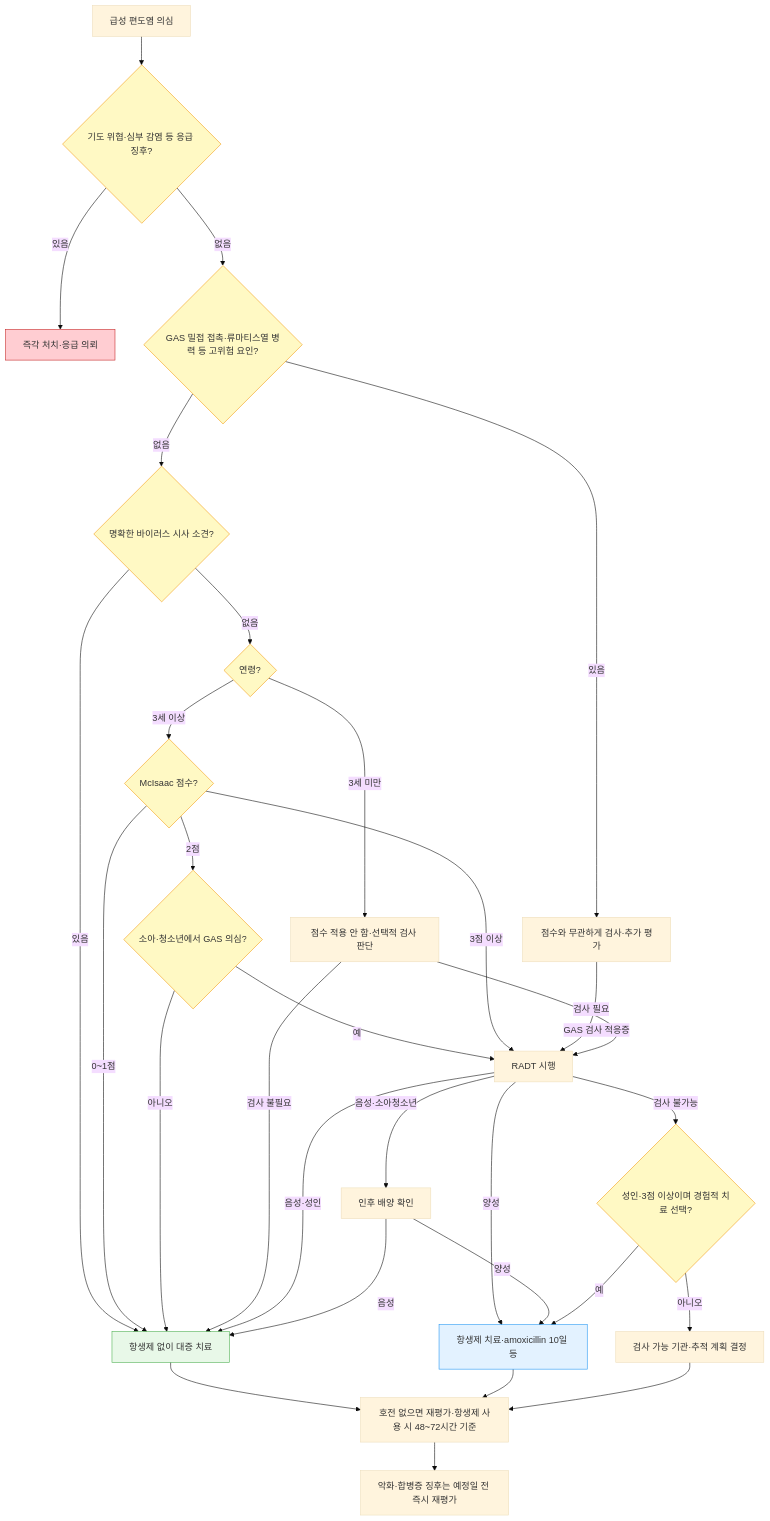
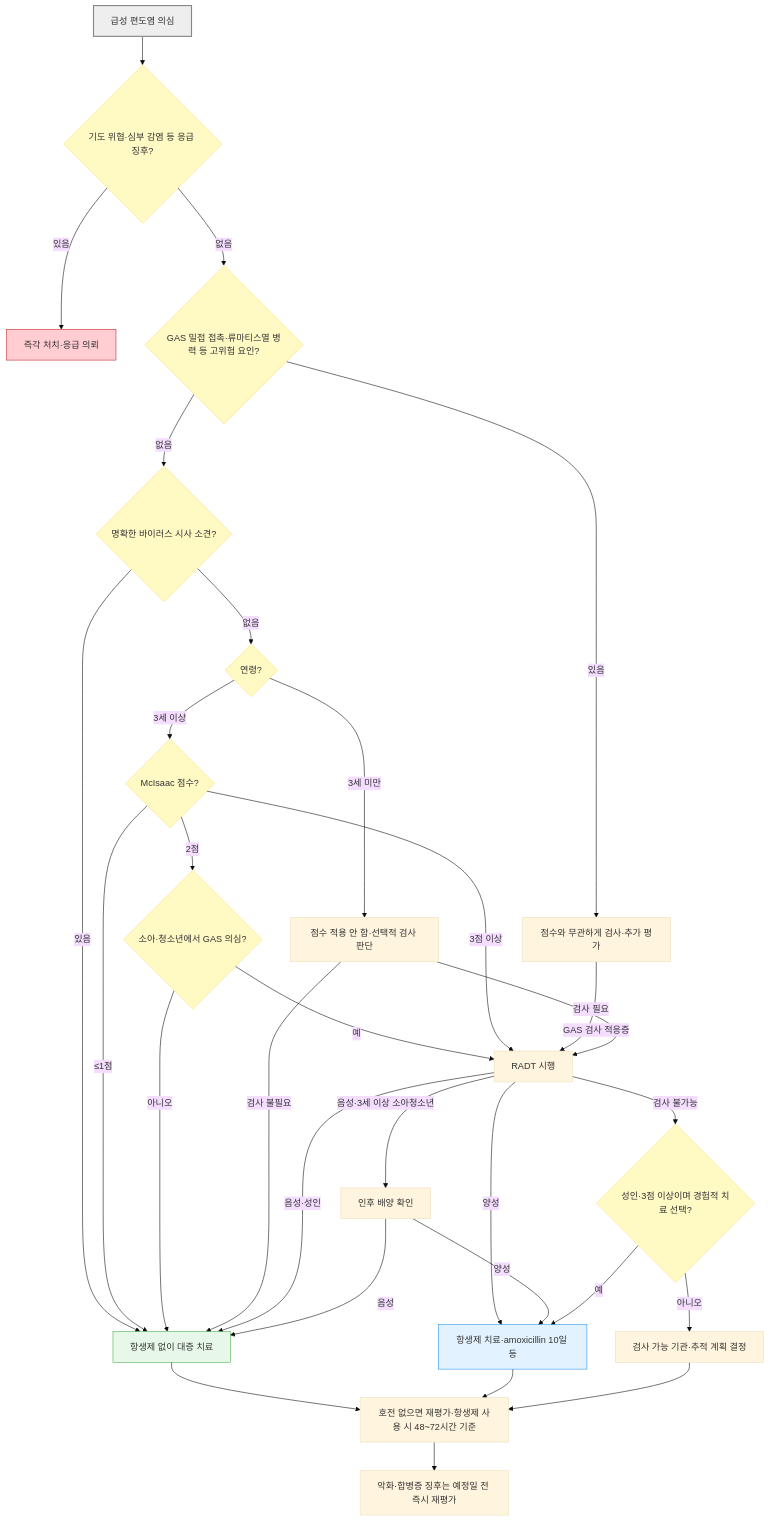
Before and after one commit to familyoh77/familyoh77: the diagram in 223_/064_-tonsillitis.md, drawn with Mermaid (base theme). The commit also changed other lines of this file, not shown here.

````diff
--- a/223_/064_-tonsillitis.md
+++ b/223_/064_-tonsillitis.md
@@ -132,37 +137,38 @@
 ```mermaid
 flowchart TD
     A["급성 편도염 의심"] --> B{"기도 위협·심부 감염 등 응급 징후?"}
     B -- 있음 --> C["즉각 처치·응급 의뢰"]
     B -- 없음 --> D{"GAS 밀접 접촉·류마티스열 병력 등 고위험 요인?"}
     D -- 있음 --> R["점수와 무관하게 검사·추가 평가"]
     D -- 없음 --> E{"명확한 바이러스 시사 소견?"}
     E -- 있음 --> G["항생제 없이 대증 치료"]
     E -- 없음 --> F{"연령?"}
     F -- 3세 미만 --> U["점수 적용 안 함·선택적 검사 판단"]
     F -- 3세 이상 --> H{"McIsaac 점수?"}
-    H -- 0~1점 --> G
+    H -- "≤1점" --> G
     H -- 2점 --> T{"소아·청소년에서 GAS 의심?"}
     T -- 예 --> I["RADT 시행"]
     T -- 아니오 --> G
     H -- 3점 이상 --> I
     R -- GAS 검사 적응증 --> I
     U -- 검사 필요 --> I
     U -- 검사 불필요 --> G
     I -- 양성 --> K["항생제 치료·amoxicillin 10일 등"]
-    I -- 음성·소아청소년 --> L["인후 배양 확인"]
+    I -- "음성·3세 이상 소아청소년" --> L["인후 배양 확인"]
     I -- 음성·성인 --> G
     L -- 양성 --> K
     L -- 음성 --> G
     I -- 검사 불가능 --> J{"성인·3점 이상이며 경험적 치료 선택?"}
     J -- 아니오 --> N["검사 가능 기관·추적 계획 결정"]
     J -- 예 --> K
     G --> V["호전 없으면 재평가·항생제 사용 시 48~72시간 기준"]
     K --> V
     N --> V
     V --> P["악화·합병증 징후는 예정일 전 즉시 재평가"]
-    classDef warning fill:#fff9c4,stroke:#f39c12
+    classDef warning fill:#fff9c4,stroke:#ffe082
     class B,D,E,F,H,T,J warning
+    style A fill:#eeeeee,stroke:#888888,stroke-width:2px
     style C fill:#ffcdd2,stroke:#c62828
     style K fill:#e3f2ff,stroke:#2196f3
     style G fill:#e8f8e8,stroke:#4caf50
 ```
````
